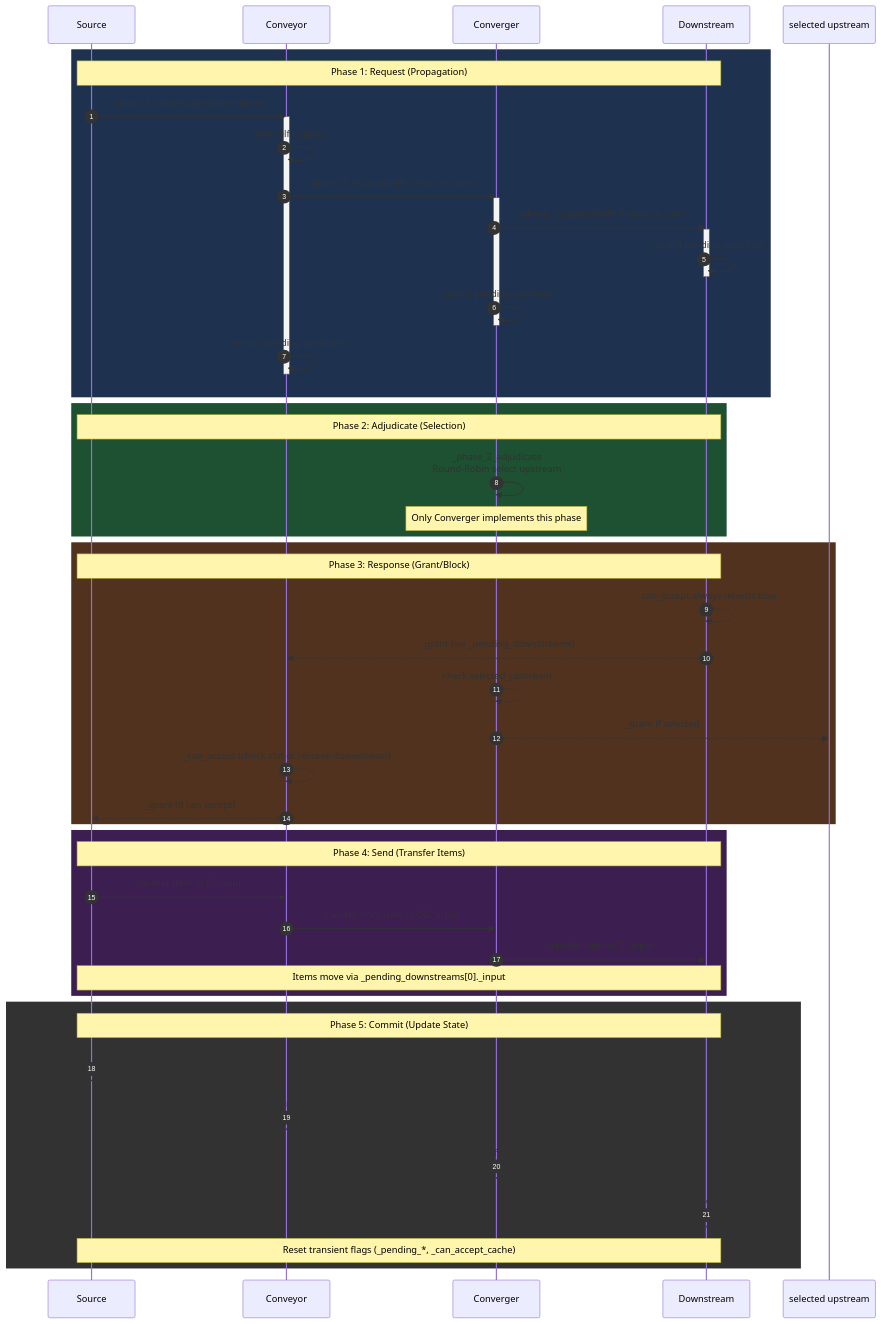
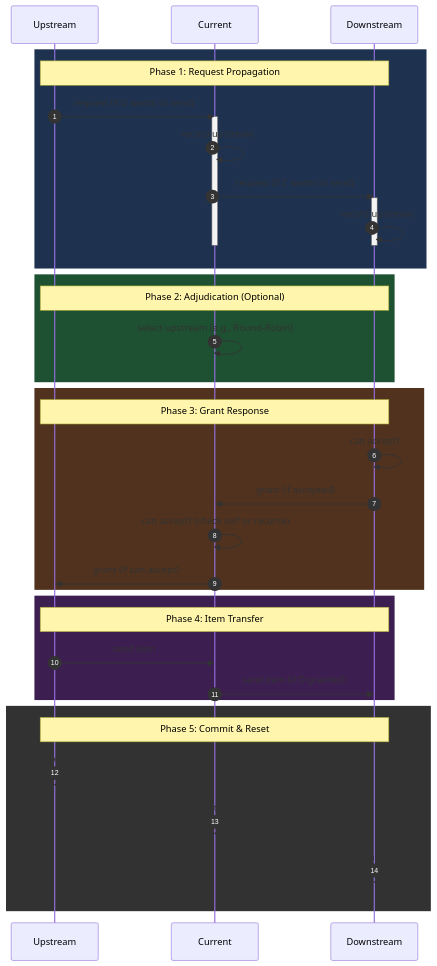
One commit to hongshan-academy/endfield-AIC-sim changed the diagram in README.md. Above: the diagram before and after it, drawn with Mermaid. The commit also changed other lines of this file, not shown here.

````diff
--- a/README.md
+++ b/README.md
@@ -1,58 +3,45 @@
 ```mermaid
 sequenceDiagram
     autonumber
-    participant S as Source
-    participant C as Conveyor
-    participant CG as Converger
+    participant U as Upstream
+    participant C as Current
     participant D as Downstream
 
     rect rgb(30, 50, 80)
-        note over S, D: Phase 1: Request (Propagation)
-        S->>C: _phase_1_request(upstream=None)
+        note over U,D: Phase 1: Request Propagation
+        U->>C: request (if U wants to send)
         activate C
-        C->>C: add self to path
-        C->>CG: _phase_1_request(self) if want_to_send
-        activate CG
-        CG->>D: _phase_1_request(self) if want_to_send
+        C->>C: record upstream
+        C->>D: request (if C wants to send)
         activate D
-        D->>D: record pending upstream
+        D->>D: record upstream
         deactivate D
-        CG->>CG: record pending upstream
-        deactivate CG
-        C->>C: record pending upstream
         deactivate C
     end
 
     rect rgb(30, 80, 50)
-        note over S, D: Phase 2: Adjudicate (Selection)
-        CG->>CG: _phase_2_adjudicate<br/>Round-Robin select upstream
-        Note over CG: Only Converger implements this phase
+        note over U,D: Phase 2: Adjudication (Optional)
+        C->>C: select upstream (e.g., Round-Robin)
     end
 
     rect rgb(80, 50, 30)
-        note over S, D: Phase 3: Response (Grant/Block)
-        D-->>D: _can_accept always returns true
-        D-->>C: _grant (via _pending_downstreams)
-        CG-->>CG: check selected_upstream
-        CG-->>selected upstream: _grant if selected
-        C-->>C: _can_accept (check slot or recurse downstream)
-        C-->>S: _grant (if can accept)
+        note over U,D: Phase 3: Grant Response
+        D->>D: can accept?
+        D->>C: grant (if accepted)
+        C->>C: can accept? (check self or recurse)
+        C->>U: grant (if can accept)
     end
 
     rect rgb(60, 30, 80)
-        note over S, D: Phase 4: Send (Transfer Items)
-        S->>C: transfer item to C._input
-        C->>CG: transfer front item to CG._input
-        CG->>D: transfer item to D._input
-        Note over S,D: Items move via _pending_downstreams[0]._input
+        note over U,D: Phase 4: Item Transfer
+        U->>C: send item
+        C->>D: send item (if D granted)
     end
 
     rect rgb(50, 50, 50)
-        note over S, D: Phase 5: Commit (Update State)
-        S->>S: _phase_5_commit: prepare next item
-        C->>C: _phase_5_commit: shift items, accept input
-        CG->>CG: _phase_5_commit: shift items, clear selection
-        D->>D: _phase_5_commit: collect received items
-        Note over S,D: Reset transient flags (_pending_*, _can_accept_cache)
+        note over U,D: Phase 5: Commit & Reset
+        U->>U: update state
+        C->>C: shift items, accept input, reset flags
+        D->>D: collect item, reset flags
     end
 ```
````
